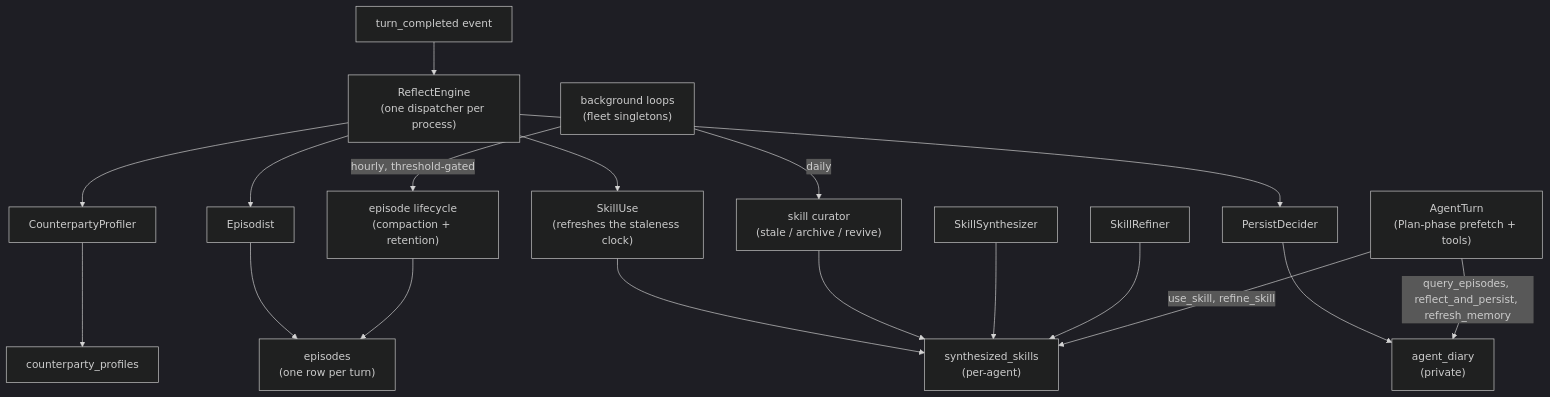
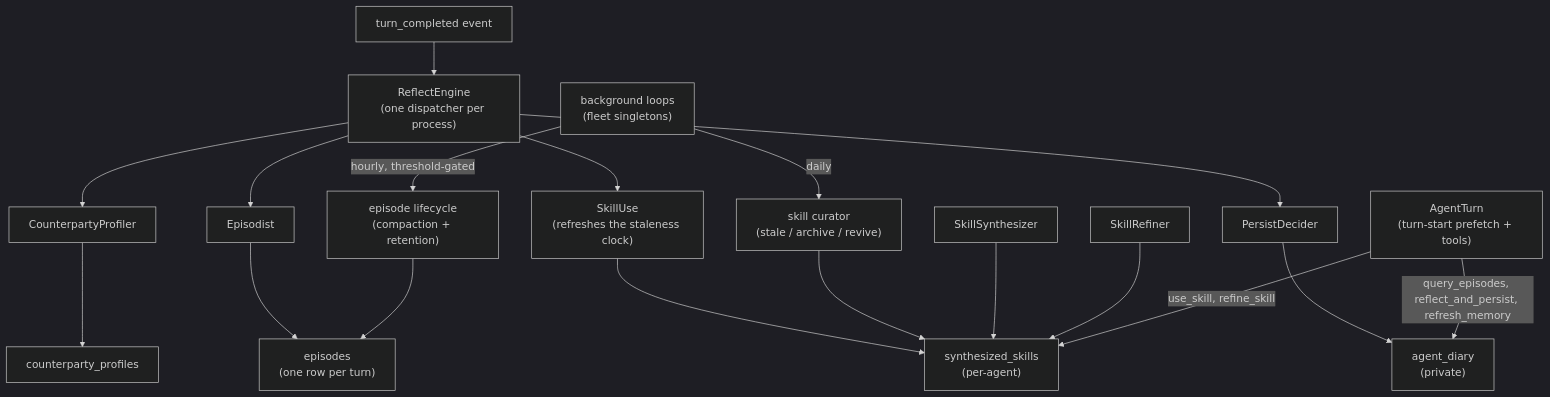
Before and after one commit to crewlet/crewlet: the first of 2 diagrams in docs/concepts/agent-learning.md, drawn with Mermaid (dark theme). The commit also changed other lines of this file and 194 other files, not shown here.

````diff
--- a/docs/concepts/agent-learning.md
+++ b/docs/concepts/agent-learning.md
@@ -32,25 +32,25 @@
 ```mermaid
 flowchart TD
     TC["turn_completed event"] --> RE
     RE["ReflectEngine<br/>(one dispatcher per process)"]
     RE --> PD["PersistDecider"]
     RE --> EPW["Episodist"]
     RE --> CP["CounterpartyProfiler"]
     RE --> SU["SkillUse<br/>(refreshes the staleness clock)"]
     PD --> AD["agent_diary<br/>(private)"]
     EPW --> EP["episodes<br/>(one row per turn)"]
     CP --> CPT["counterparty_profiles"]
     SU --> SK["synthesized_skills<br/>(per-agent)"]
 
     CLK["background loops<br/>(fleet singletons)"]
     CLK -->|hourly, threshold-gated| ELW["episode lifecycle<br/>(compaction + retention)"]
     CLK -->|daily| CUR["skill curator<br/>(stale / archive / revive)"]
     ELW --> EP
     CUR --> SK
 
     SS["SkillSynthesizer"] --> SK
     SR["SkillRefiner"] --> SK
-    AT["AgentTurn<br/>(Plan-phase prefetch + tools)"]
+    AT["AgentTurn<br/>(turn-start prefetch + tools)"]
     AT -->|"use_skill, refine_skill"| SK
     AT -->|"query_episodes, reflect_and_persist, refresh_memory"| AD
 ```
````
